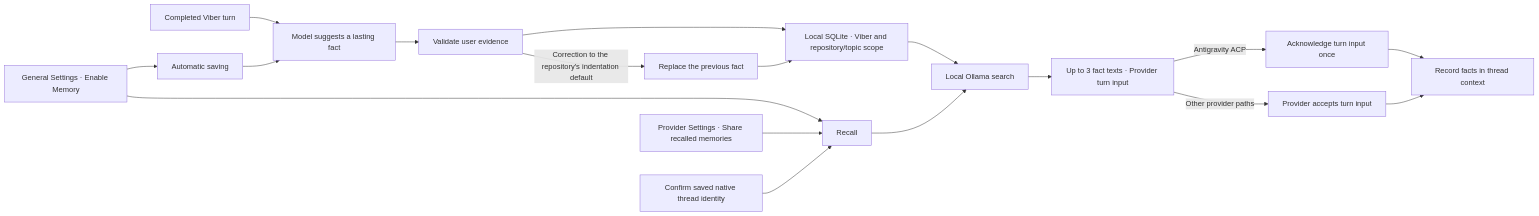
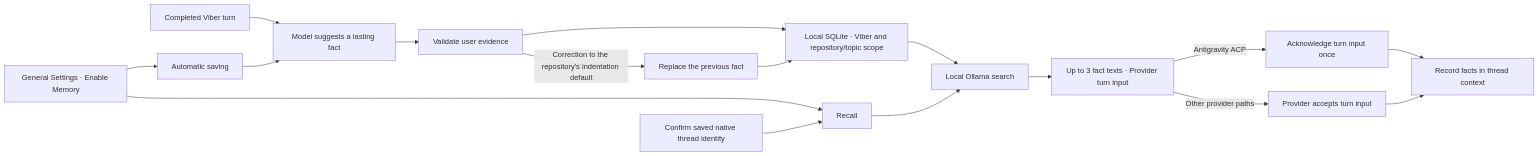
Before and after one commit to akshajrawat/akkco-vibestar: the second of 5 diagrams in FEATUREMAP.md, drawn with Mermaid. The commit also changed other lines of this file and 68 other files, not shown here.

````diff
--- a/FEATUREMAP.md
+++ b/FEATUREMAP.md
@@ -110,15 +111,14 @@
 ```mermaid
 flowchart LR
     Viber["Completed Viber turn"] --> Suggest["Model suggests a lasting fact"]
     Settings["General Settings · Enable Memory"] --> Learn["Automatic saving"]
     Settings --> Recall["Recall"]
-    Permissions["Provider Settings · Share recalled memories"] --> Recall
     Learn --> Suggest --> Evidence["Validate user evidence"]
     Evidence --> Storage["Local SQLite · Viber and repository/topic scope"]
     Evidence -- "Correction to the repository's indentation default" --> Replace["Replace the previous fact"] --> Storage
     Storage --> Ollama["Local Ollama search"]
     Confirm["Confirm saved native thread identity"] --> Recall
     Recall --> Ollama --> Share["Up to 3 fact texts · Provider turn input"]
     Share -- "Antigravity ACP" --> AcceptACP["Acknowledge turn input once"] --> Record["Record facts in thread context"]
     Share -- "Other provider paths" --> Accept["Provider accepts turn input"] --> Record
 ```
````
